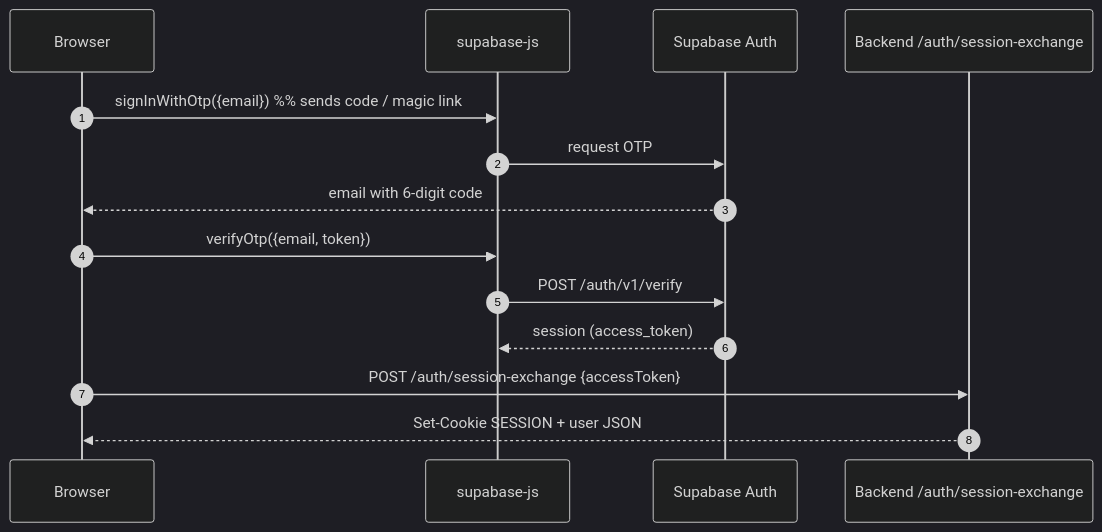
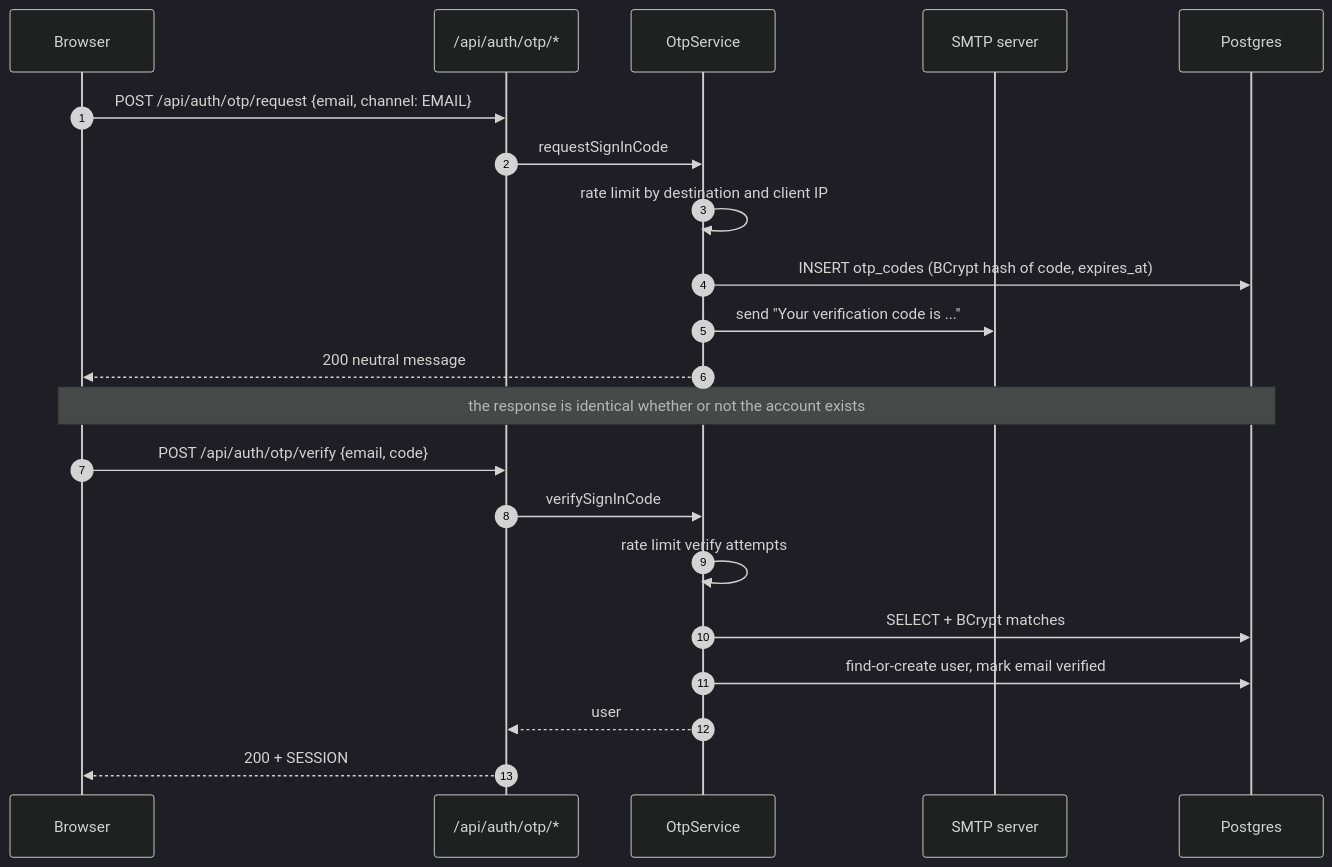
One commit to ishubhamrathi/platform changed the fourth of 6 diagrams in docs/AUTH_ARCHITECTURE.md. Above: the diagram before and after it, drawn with Mermaid (dark theme). The commit also changed other lines of this file and 2 other files, not shown here.

First line of the commit message:
Document Google SSO and OTP sign-in, bump backend submodule

````diff
--- a/docs/AUTH_ARCHITECTURE.md
+++ b/docs/AUTH_ARCHITECTURE.md
@@ -122,17 +201,25 @@
 ```mermaid
 sequenceDiagram
     autonumber
     participant U as Browser
-    participant SB as supabase-js
-    participant SA as Supabase Auth
-    participant BE as Backend /auth/session-exchange
+    participant BE as /api/auth/otp/*
+    participant OTPS as OtpService
+    participant SMTP as SMTP server
+    participant DB as Postgres
 
-    U->>SB: signInWithOtp({email})   %% sends code / magic link
-    SB->>SA: request OTP
-    SA-->>U: email with 6-digit code
-    U->>SB: verifyOtp({email, token})
-    SB->>SA: POST /auth/v1/verify
-    SA-->>SB: session (access_token)
-    U->>BE: POST /auth/session-exchange {accessToken}
-    BE-->>U: Set-Cookie SESSION + user JSON
+    U->>BE: POST /api/auth/otp/request {email, channel: EMAIL}
+    BE->>OTPS: requestSignInCode
+    OTPS->>OTPS: rate limit by destination and client IP
+    OTPS->>DB: INSERT otp_codes (BCrypt hash of code, expires_at)
+    OTPS->>SMTP: send "Your verification code is ..."
+    OTPS-->>U: 200 neutral message
+
+    Note over U,DB: the response is identical whether or not the account exists
+    U->>BE: POST /api/auth/otp/verify {email, code}
+    BE->>OTPS: verifySignInCode
+    OTPS->>OTPS: rate limit verify attempts
+    OTPS->>DB: SELECT + BCrypt matches
+    OTPS->>DB: find-or-create user, mark email verified
+    OTPS-->>BE: user
+    BE-->>U: 200 + SESSION
 ```
````
